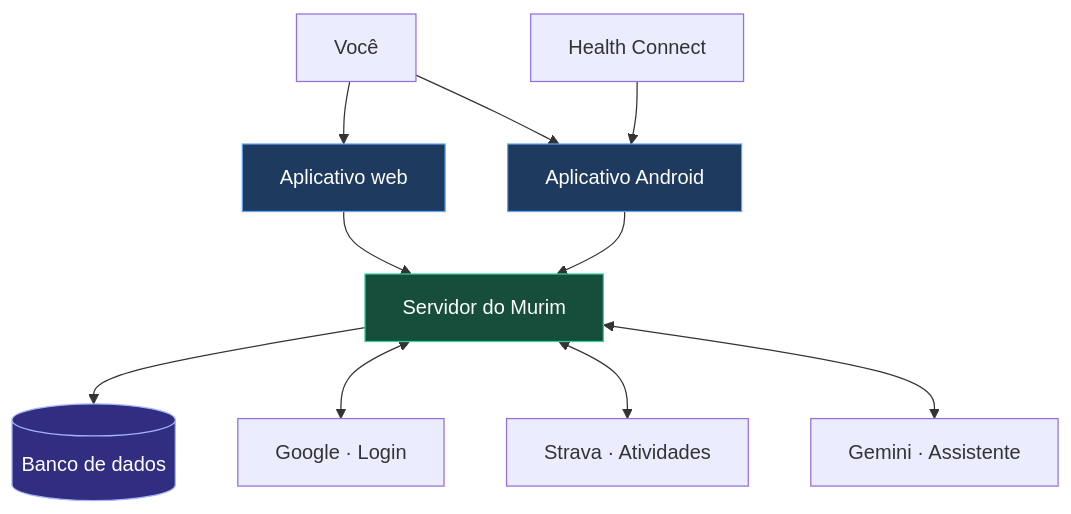
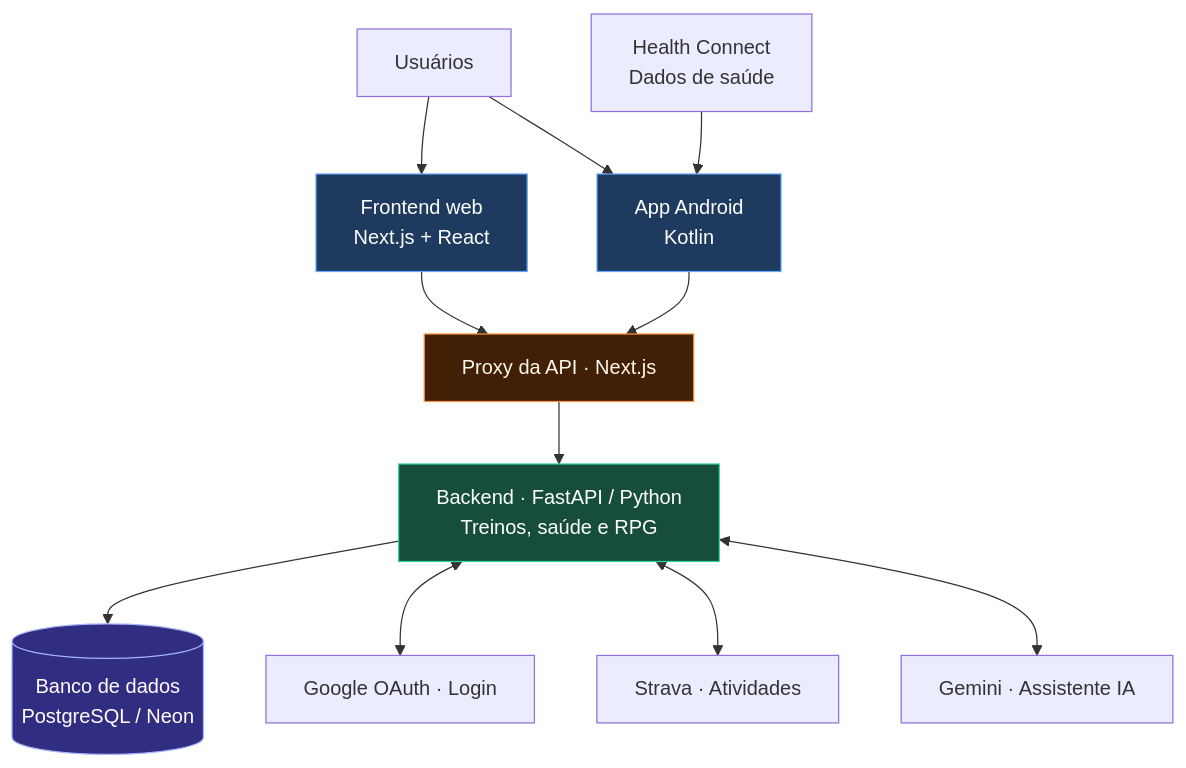
One commit to DNL-8/Carbon changed the diagram in README.md. Above: the diagram before and after it, drawn with Mermaid. The commit also changed other lines of this file, not shown here.

Commit message:
docs: show architecture for readers with basic IT knowledge

````diff
--- a/README.md
+++ b/README.md
@@ -55,19 +55,22 @@
 ```mermaid
 flowchart TD
-    U["Você"] --> W["Aplicativo web"]
-    U --> A["Aplicativo Android"]
-    HC["Health Connect"] --> A
-    W --> S["Servidor do Murim"]
-    A --> S
-    S --> D[("Banco de dados")]
-    S <--> G["Google · Login"]
-    S <--> T["Strava · Atividades"]
-    S <--> I["Gemini · Assistente"]
+    U["Usuários"] --> W["Frontend web<br/>Next.js + React"]
+    U --> A["App Android<br/>Kotlin"]
+    HC["Health Connect<br/>Dados de saúde"] --> A
+    W --> P["Proxy da API · Next.js"]
+    A --> P
+    P --> F["Backend · FastAPI / Python<br/>Treinos, saúde e RPG"]
+    F --> D[("Banco de dados<br/>PostgreSQL / Neon")]
+    F <--> G["Google OAuth · Login"]
+    F <--> S["Strava · Atividades"]
+    F <--> I["Gemini · Assistente IA"]
 
-    classDef app fill:#1e3a5f,stroke:#60a5fa,color:#ffffff
+    classDef client fill:#1e3a5f,stroke:#60a5fa,color:#ffffff
+    classDef gateway fill:#422006,stroke:#fb923c,color:#fff7ed
     classDef server fill:#164e3b,stroke:#34d399,color:#ffffff
     classDef storage fill:#312e81,stroke:#a5b4fc,color:#ffffff
-    class W,A app
-    class S server
+    class W,A client
+    class P gateway
+    class F server
     class D storage
 ```
````
